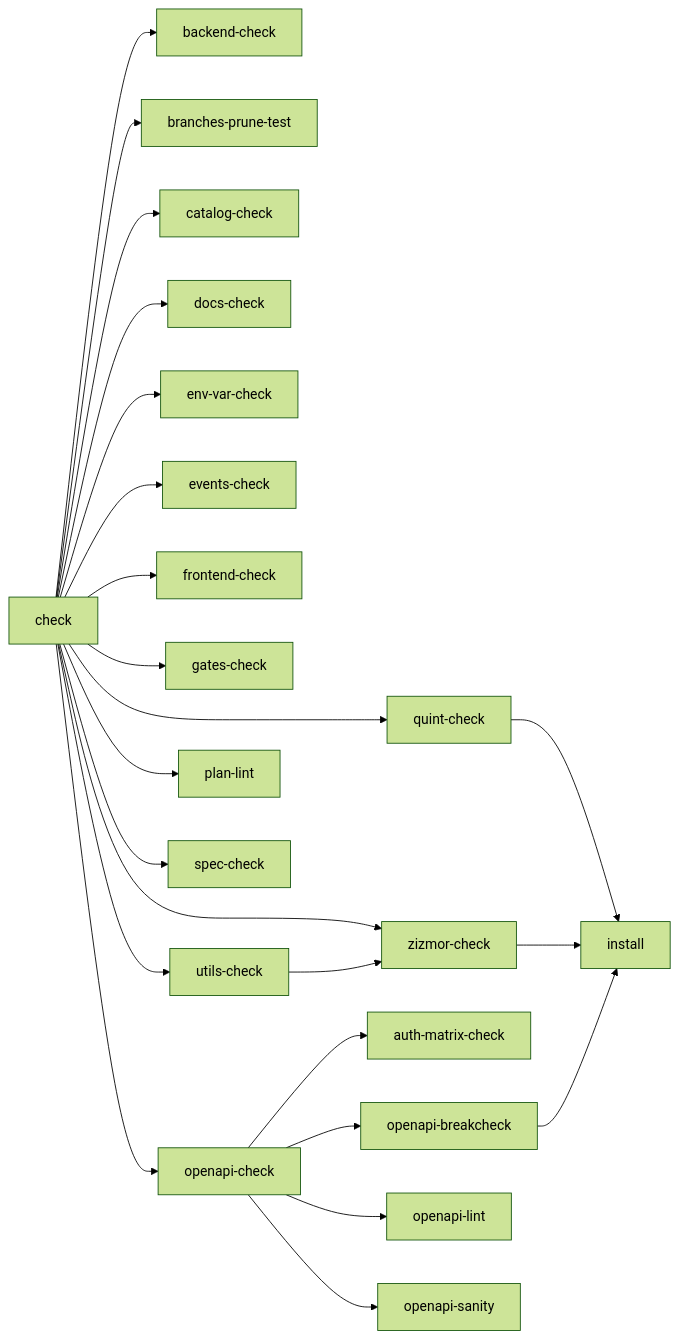
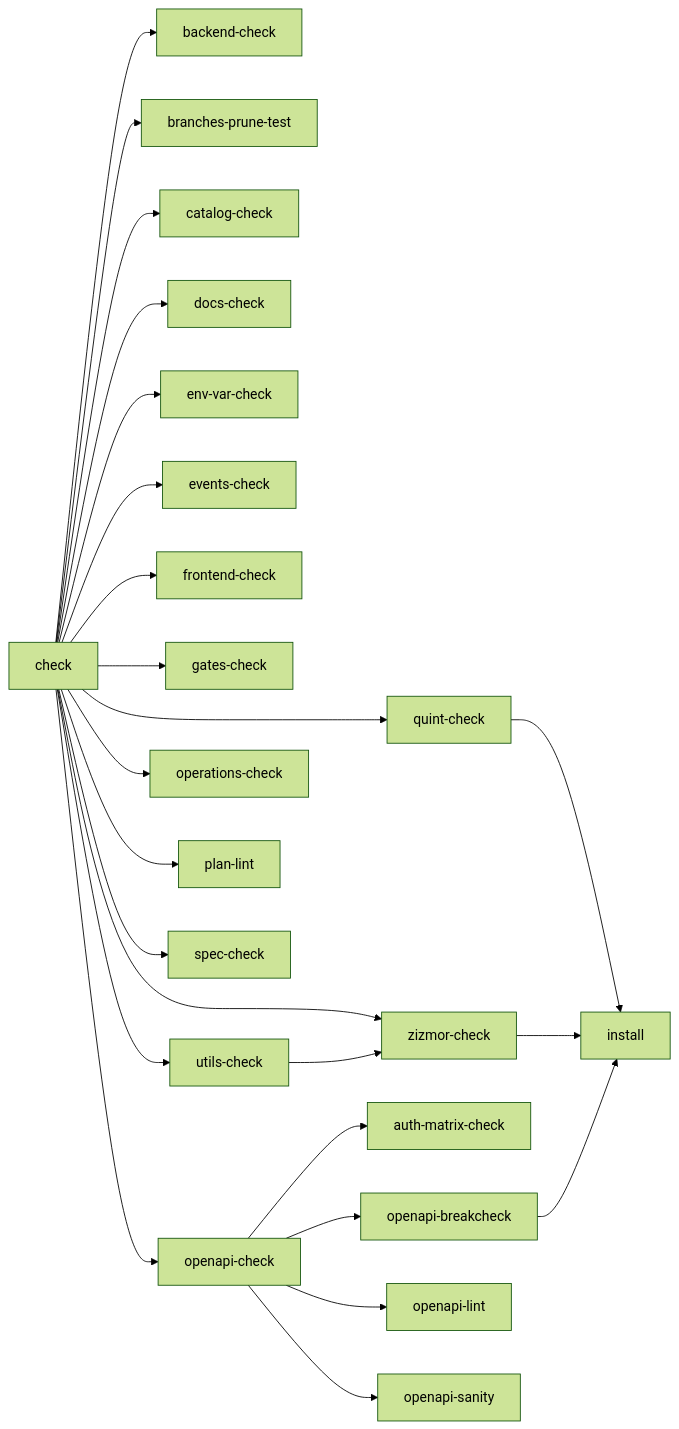
The first of 9 diagrams in docs/quality-gates.md (codesam88/picasu), drawn with Mermaid (forest theme) before and after one commit. The commit also changed other lines of this file and 24 other files, not shown here.

````diff
--- a/docs/quality-gates.md
+++ b/docs/quality-gates.md
@@ -9,25 +9,26 @@
 ```mermaid
 graph LR
   check --> backend-check
   check --> branches-prune-test
   check --> catalog-check
   check --> docs-check
   check --> env-var-check
   check --> events-check
   check --> frontend-check
   check --> gates-check
   check --> openapi-check
+  check --> operations-check
   check --> plan-lint
   check --> quint-check
   check --> spec-check
   check --> utils-check
   check --> zizmor-check
   openapi-check --> auth-matrix-check
   openapi-check --> openapi-breakcheck
   openapi-check --> openapi-lint
   openapi-check --> openapi-sanity
   quint-check --> install
   utils-check --> zizmor-check
   zizmor-check --> install
   openapi-breakcheck --> install
 ```
````
